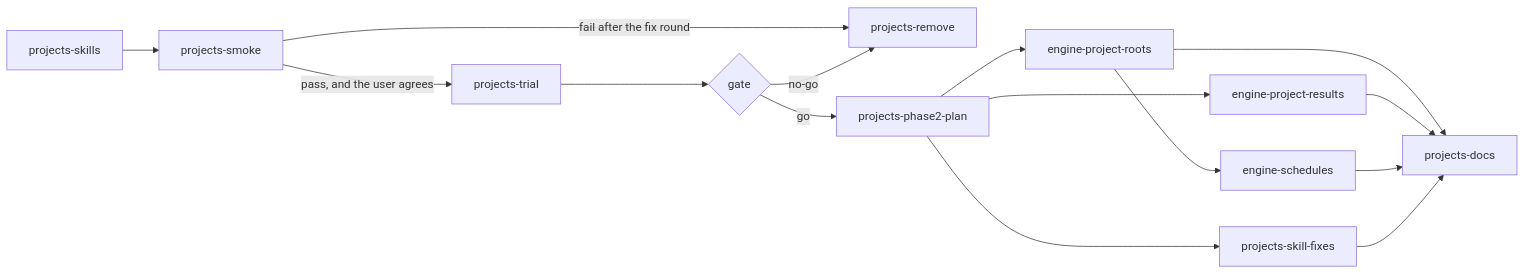
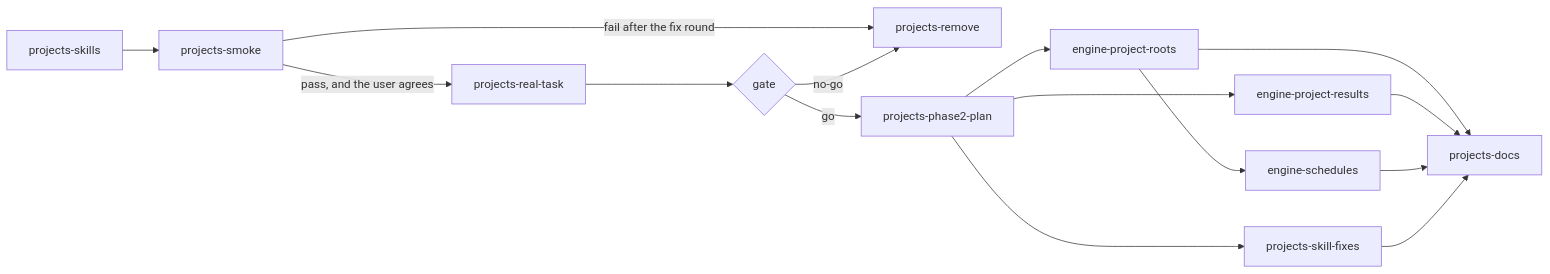
Before and after one commit to ncksol/ai_tools: the diagram in docs/superpowers/plans/2026-11-19-wintermute-projects.md, drawn with Mermaid. The commit also changed other lines of this file and 1 other file, not shown here.

First line of the commit message:
docs: make the wintermute Projects evaluation lean

````diff
--- a/docs/superpowers/plans/2026-11-19-wintermute-projects.md
+++ b/docs/superpowers/plans/2026-11-19-wintermute-projects.md
@@ -54,17 +54,17 @@
 ```mermaid
 graph LR
   skills[projects-skills] --> smoke[projects-smoke]
-  smoke -- pass, and the user agrees --> trial[projects-trial]
+  smoke -- pass, and the user agrees --> task[projects-real-task]
   smoke -- fail after the fix round --> remove[projects-remove]
-  trial --> gate{gate}
+  task --> gate{gate}
   gate -- no-go --> remove
   gate -- go --> plan2[projects-phase2-plan]
   plan2 --> roots[engine-project-roots]
   plan2 --> results[engine-project-results]
   plan2 --> fixes[projects-skill-fixes]
   roots --> schedules[engine-schedules]
   roots --> docs[projects-docs]
   results --> docs
   schedules --> docs
   fixes --> docs
 ```
````
